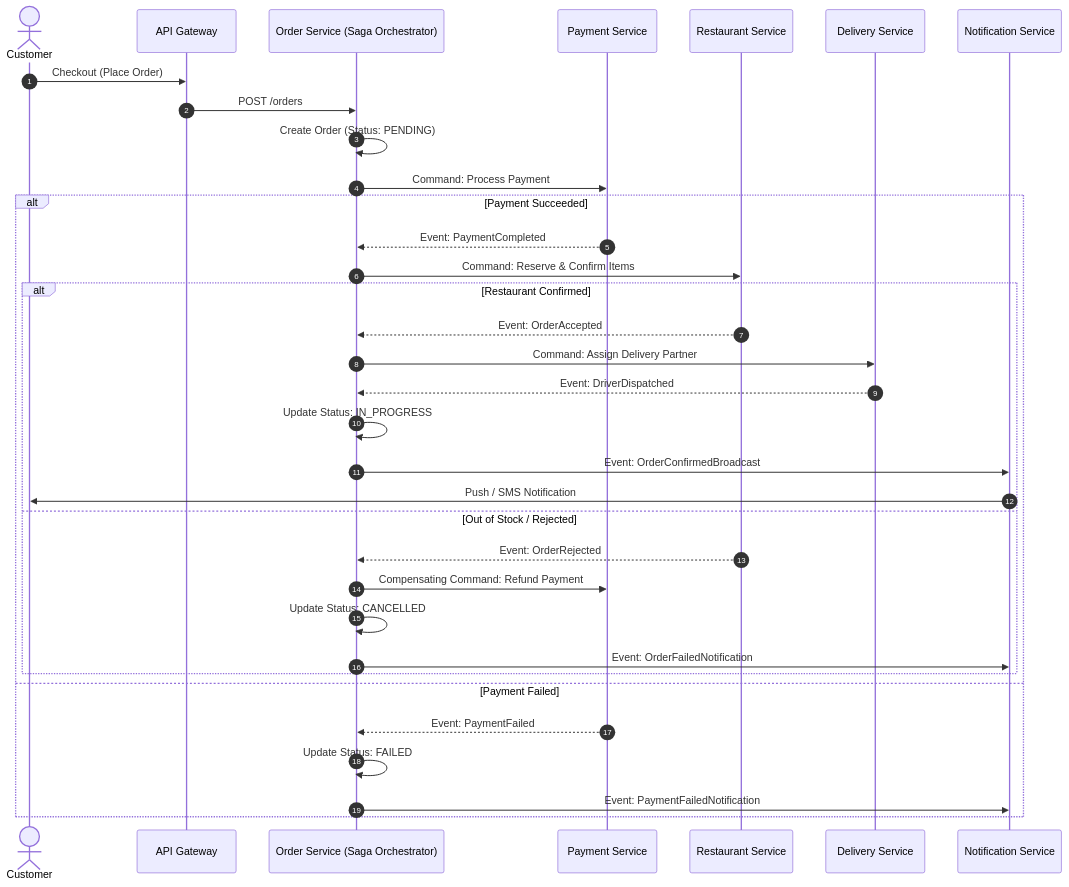
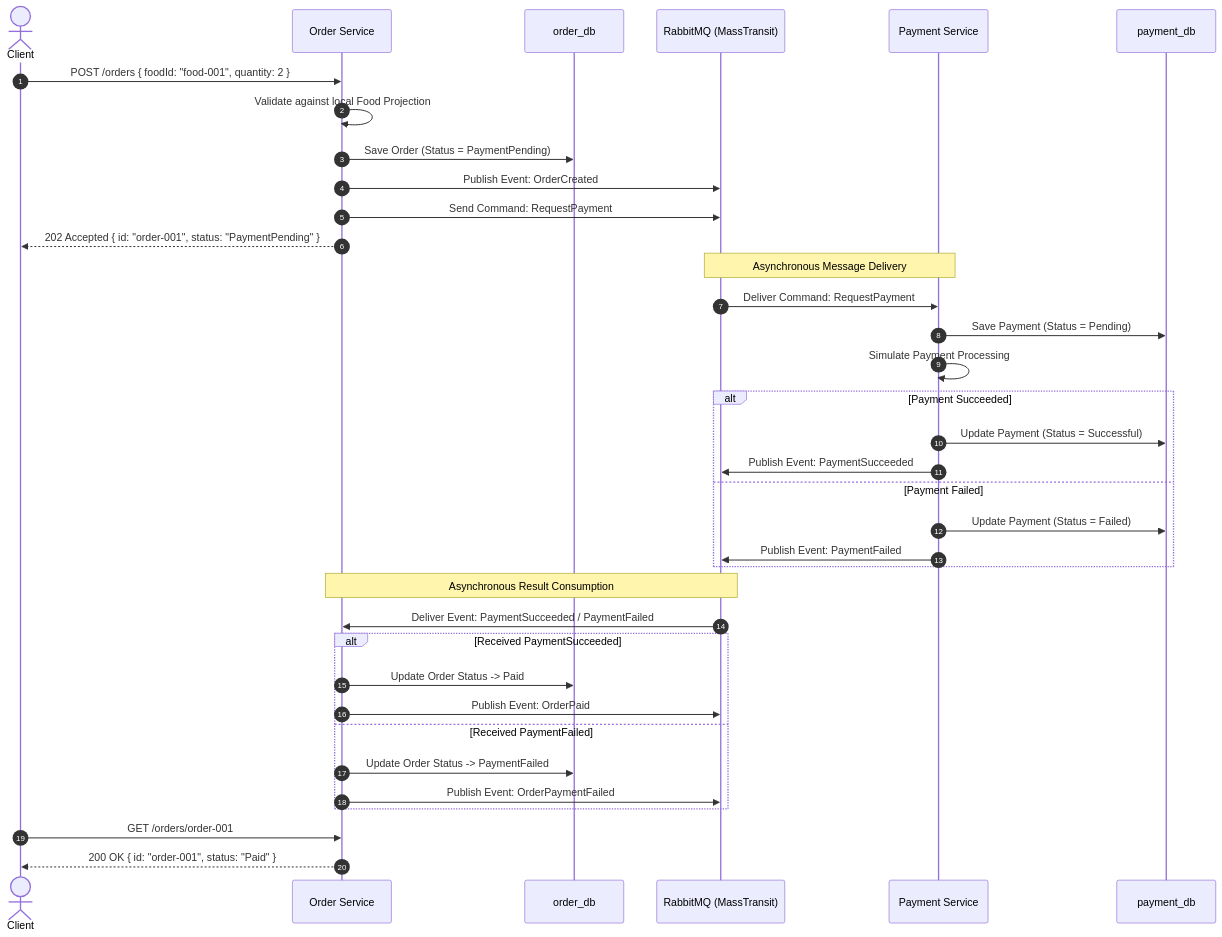
The second of 2 diagrams in README.md (adamwondale/food-order), drawn with Mermaid before and after one commit. The commit also changed other lines of this file, not shown here.

Commit message:
docs: rewrite README to define microservices MVP, team responsibilities, and event-driven architecture

````diff
--- a/README.md
+++ b/README.md
@@ -120,37 +96,42 @@
 ```mermaid
 sequenceDiagram
     autonumber
-    actor Customer
-    participant Gateway as API Gateway
-    participant Order as Order Service (Saga Orchestrator)
-    participant Payment as Payment Service
-    participant Restaurant as Restaurant Service
-    participant Delivery as Delivery Service
-    participant Notify as Notification Service
+    actor Customer as Client
+    participant OS as Order Service
+    participant ODB as order_db
+    participant RMQ as RabbitMQ (MassTransit)
+    participant PS as Payment Service
+    participant PDB as payment_db
 
-    Customer->>Gateway: Checkout (Place Order)
-    Gateway->>Order: POST /orders
-    Order->>Order: Create Order (Status: PENDING)
-    Order->>Payment: Command: Process Payment
+    Customer->>OS: POST /orders { foodId: "food-001", quantity: 2 }
+    OS->>OS: Validate against local Food Projection
+    OS->>ODB: Save Order (Status = PaymentPending)
+    OS->>RMQ: Publish Event: OrderCreated
+    OS->>RMQ: Send Command: RequestPayment
+    OS-->>Customer: 202 Accepted { id: "order-001", status: "PaymentPending" }
+
+    Note over RMQ,PS: Asynchronous Message Delivery
+    RMQ->>PS: Deliver Command: RequestPayment
+    PS->>PDB: Save Payment (Status = Pending)
+    PS->>PS: Simulate Payment Processing
     alt Payment Succeeded
-        Payment-->>Order: Event: PaymentCompleted
-        Order->>Restaurant: Command: Reserve & Confirm Items
-        alt Restaurant Confirmed
-            Restaurant-->>Order: Event: OrderAccepted
-            Order->>Delivery: Command: Assign Delivery Partner
-            Delivery-->>Order: Event: DriverDispatched
-            Order->>Order: Update Status: IN_PROGRESS
-            Order->>Notify: Event: OrderConfirmedBroadcast
-            Notify->>Customer: Push / SMS Notification
-        else Out of Stock / Rejected
-            Restaurant-->>Order: Event: OrderRejected
-            Order->>Payment: Compensating Command: Refund Payment
-            Order->>Order: Update Status: CANCELLED
-            Order->>Notify: Event: OrderFailedNotification
-        end
+        PS->>PDB: Update Payment (Status = Successful)
+        PS->>RMQ: Publish Event: PaymentSucceeded
     else Payment Failed
-        Payment-->>Order: Event: PaymentFailed
-        Order->>Order: Update Status: FAILED
-        Order->>Notify: Event: PaymentFailedNotification
+        PS->>PDB: Update Payment (Status = Failed)
+        PS->>RMQ: Publish Event: PaymentFailed
     end
+
+    Note over RMQ,OS: Asynchronous Result Consumption
+    RMQ->>OS: Deliver Event: PaymentSucceeded / PaymentFailed
+    alt Received PaymentSucceeded
+        OS->>ODB: Update Order Status -> Paid
+        OS->>RMQ: Publish Event: OrderPaid
+    else Received PaymentFailed
+        OS->>ODB: Update Order Status -> PaymentFailed
+        OS->>RMQ: Publish Event: OrderPaymentFailed
+    end
+
+    Customer->>OS: GET /orders/order-001
+    OS-->>Customer: 200 OK { id: "order-001", status: "Paid" }
 ```
````
